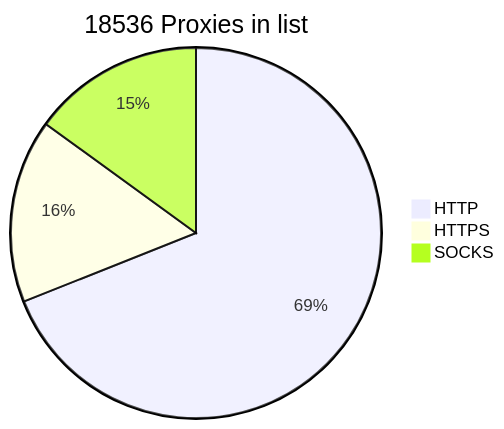
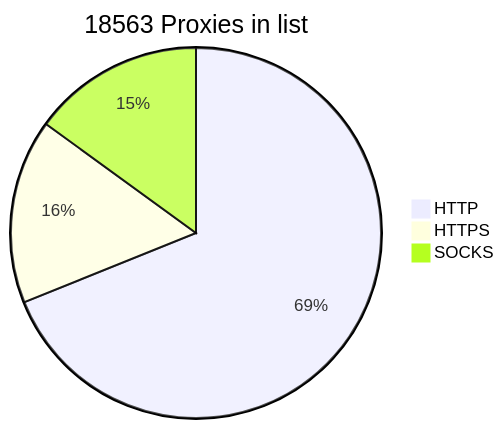
The diagram in README.md (BlackSnowDot/proxylist-update-every-minute), drawn with Mermaid before and after one commit.

````diff
--- a/README.md
+++ b/README.md
@@ -2,6 +2,6 @@
 ```mermaid
-pie title 18536 Proxies in list
-    "HTTP" : 13897
-    "HTTPS": 3228
-    "SOCKS" : 3024
+pie title 18563 Proxies in list
+    "HTTP" : 13905
+    "HTTPS": 3250
+    "SOCKS" : 3026
 ```
````
